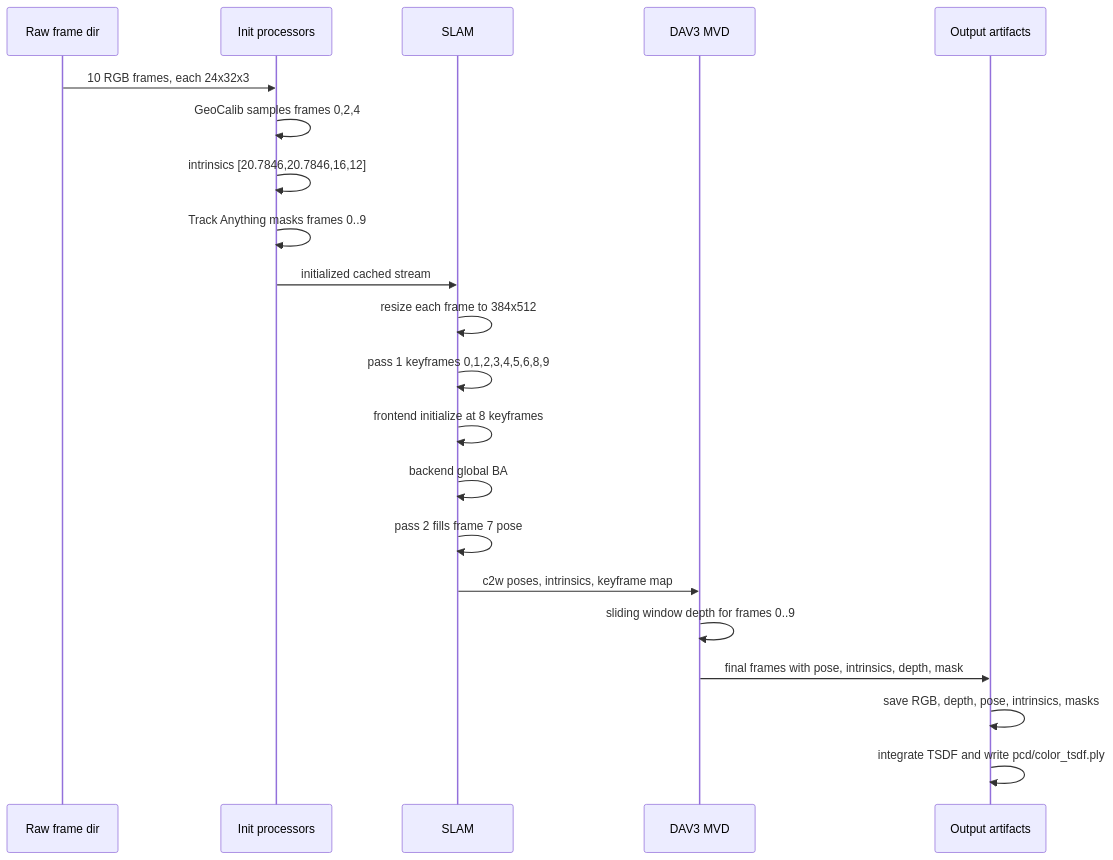
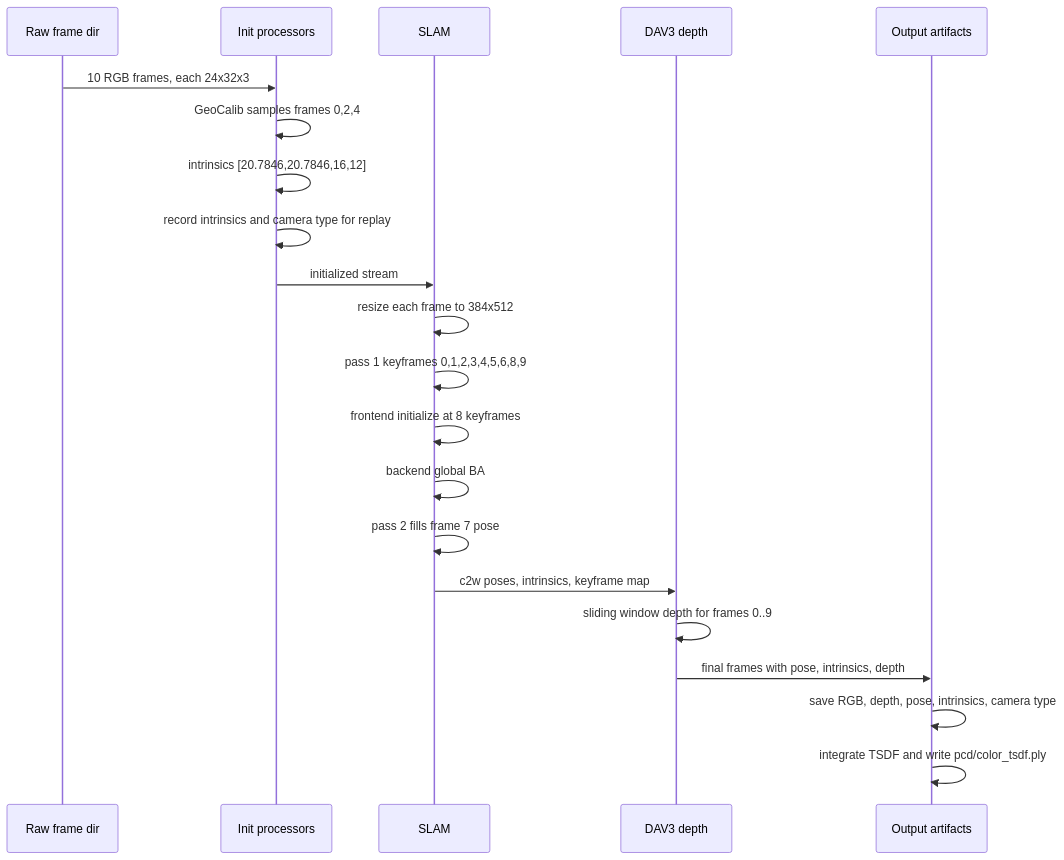
One commit to sadanand1120/vipe changed the diagram in fullexplain-toy.md. Above: the diagram before and after it, drawn with Mermaid. The commit also changed other lines of this file and 85 other files, not shown here.

````diff
--- a/fullexplain-toy.md
+++ b/fullexplain-toy.md
@@ -748,23 +768,23 @@
 ```mermaid
 sequenceDiagram
     participant R as Raw frame dir
     participant I as Init processors
     participant S as SLAM
-    participant D as DAV3 MVD
+    participant D as DAV3 depth
     participant O as Output artifacts
     R->>I: 10 RGB frames, each 24x32x3
     I->>I: GeoCalib samples frames 0,2,4
     I->>I: intrinsics [20.7846,20.7846,16,12]
-    I->>I: Track Anything masks frames 0..9
-    I->>S: initialized cached stream
+    I->>I: record intrinsics and camera type for replay
+    I->>S: initialized stream
     S->>S: resize each frame to 384x512
     S->>S: pass 1 keyframes 0,1,2,3,4,5,6,8,9
     S->>S: frontend initialize at 8 keyframes
     S->>S: backend global BA
     S->>S: pass 2 fills frame 7 pose
     S->>D: c2w poses, intrinsics, keyframe map
     D->>D: sliding window depth for frames 0..9
-    D->>O: final frames with pose, intrinsics, depth, mask
-    O->>O: save RGB, depth, pose, intrinsics, masks
+    D->>O: final frames with pose, intrinsics, depth
+    O->>O: save RGB, depth, pose, intrinsics, camera type
     O->>O: integrate TSDF and write pcd/color_tsdf.ply
 ```
````
